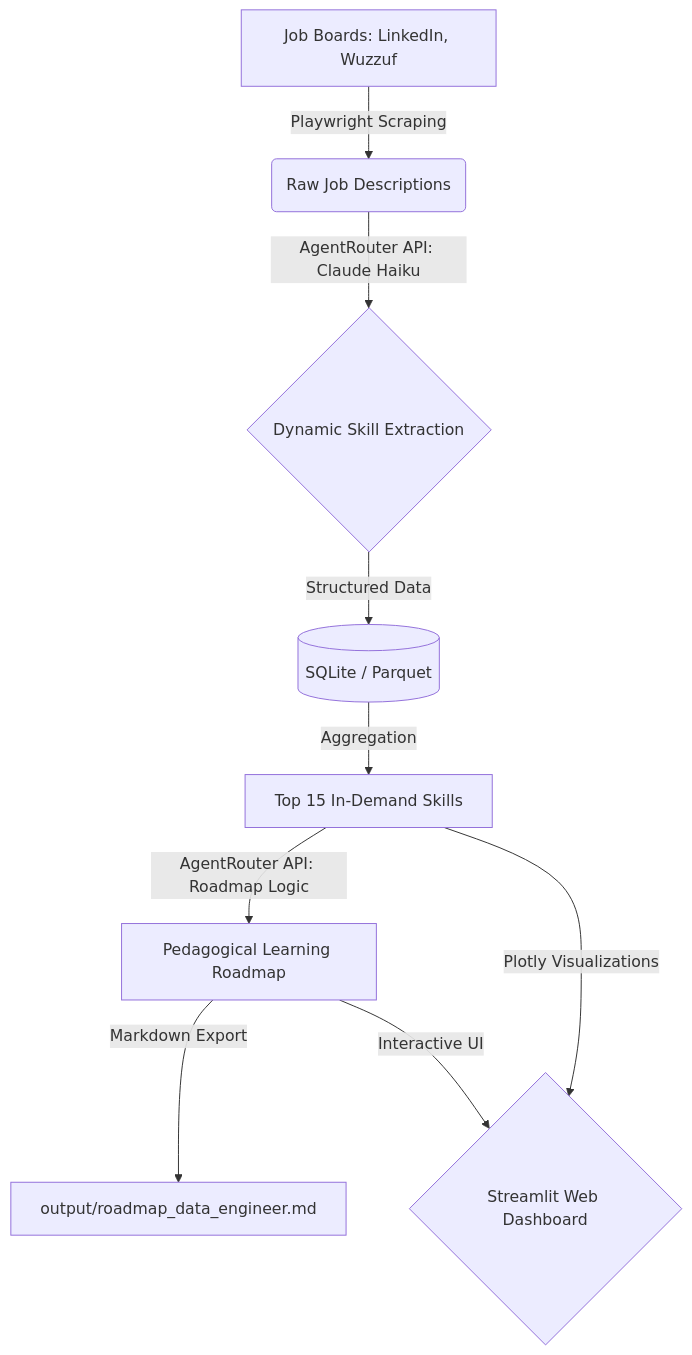
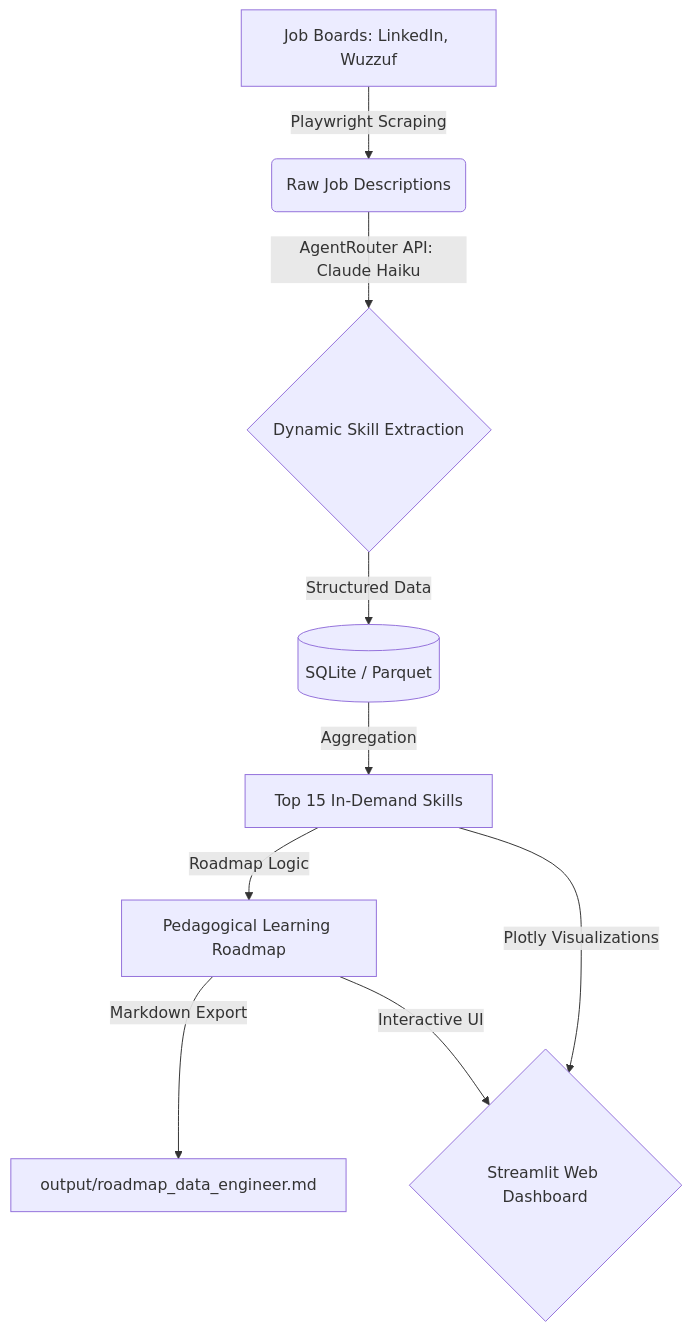
The diagram in README.md (Sohila-Khaled-Abbas/data-career-roadmap-generator), drawn with Mermaid before and after one commit.

Commit message:
docs: wrap mermaid graph labels in double quotes for improved rendering compatibility

````diff
--- a/README.md
+++ b/README.md
@@ -15,11 +15,11 @@
 ```mermaid
 graph TD
-    A[Job Boards: LinkedIn, Wuzzuf] -->|Playwright Scraping| B(Raw Job Descriptions)
-    B -->|AgentRouter API: Claude Haiku| C{Dynamic Skill Extraction}
-    C -->|Structured Data| D[(SQLite / Parquet)]
-    D -->|Aggregation| E[Top 15 In-Demand Skills]
-    E -->|AgentRouter API: Roadmap Logic| F[Pedagogical Learning Roadmap]
-    F -->|Markdown Export| G[output/roadmap_data_engineer.md]
-    E -->|Plotly Visualizations| H{Streamlit Web Dashboard}
-    F -->|Interactive UI| H
+    A["Job Boards: LinkedIn, Wuzzuf"] -->|"Playwright Scraping"| B("Raw Job Descriptions")
+    B -->|"AgentRouter API: Claude Haiku"| C{"Dynamic Skill Extraction"}
+    C -->|"Structured Data"| D[("SQLite / Parquet")]
+    D -->|"Aggregation"| E["Top 15 In-Demand Skills"]
+    E -->|"Roadmap Logic"| F["Pedagogical Learning Roadmap"]
+    F -->|"Markdown Export"| G["output/roadmap_data_engineer.md"]
+    E -->|"Plotly Visualizations"| H{"Streamlit Web Dashboard"}
+    F -->|"Interactive UI"| H
 ```
````
